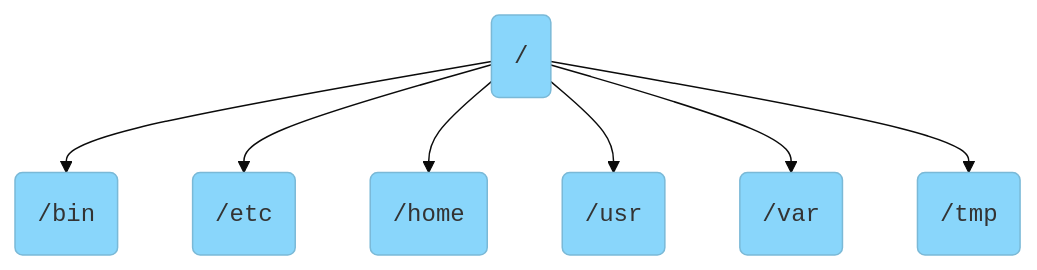
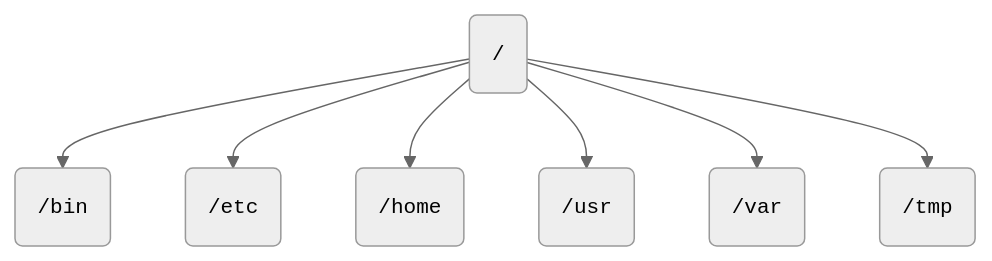
Before and after one commit to mjfrigaard/linux-cb: the diagram in dirs.qmd, drawn with Mermaid. The commit also changed other lines of this file and 24 other files, not shown here.

````diff
--- a/dirs.qmd
+++ b/dirs.qmd
@@ -65,22 +65,21 @@
 ```{mermaid}
-%%| fig-width: 6.5
+%%| fig-cap: 'Everything is a file'
 %%| fig-align: center
-%%| fig-cap: 'The `root` directory'
-%%{init: {'theme': 'base', 'themeVariables': { 'fontFamily': 'Inconsolata', 'primaryColor': '#89D6FB', 'edgeLabelBackground':'#02577A'}}}%%
+%%{init: {'theme': 'neutral', 'themeVariables': { 'fontFamily': 'Inconsolata', 'fontSize': '14px'}}}%%
 
 flowchart TD
   Root(<code>/</code>)
   bin(<code>/bin</code>)
   etc(<code>/etc</code>)
   home(<code>/home</code>)
   usr(<code>/usr</code>)
   var(<code>/var</code>)
   tmp(<code>/tmp</code>)
 
   Root --> bin
   Root --> etc
   Root --> home
   Root --> usr
   Root --> var
   Root --> tmp
 ```
````
